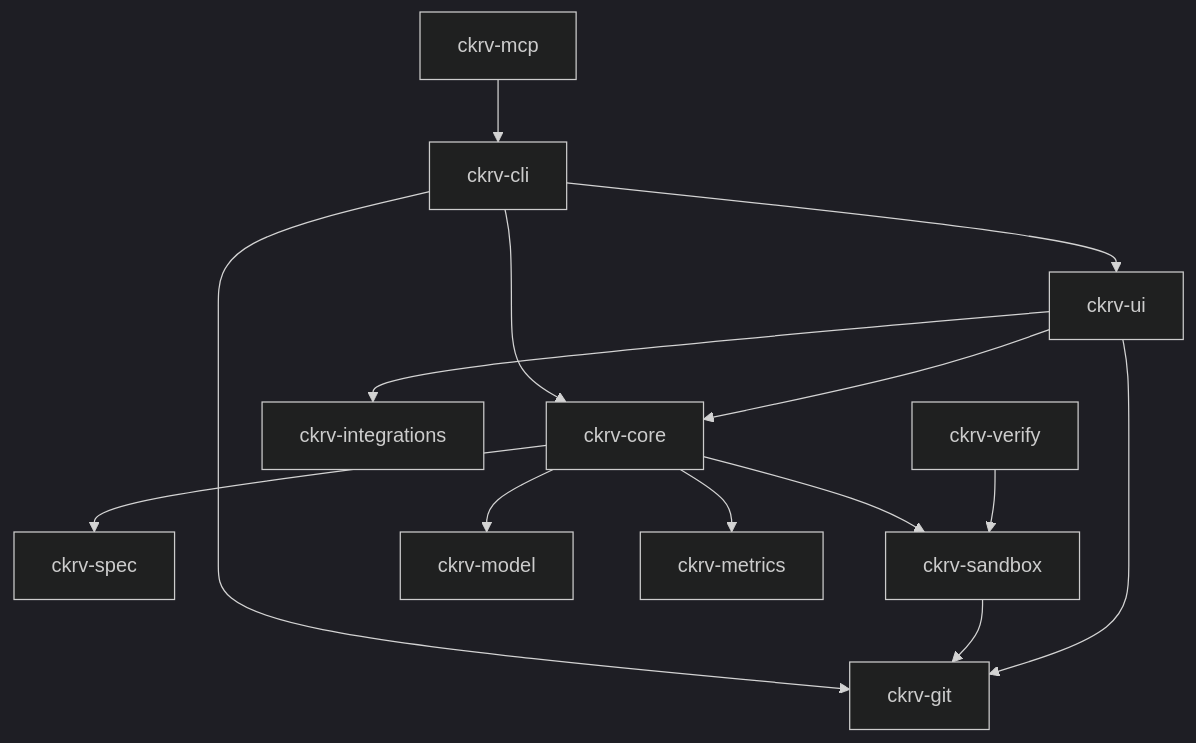
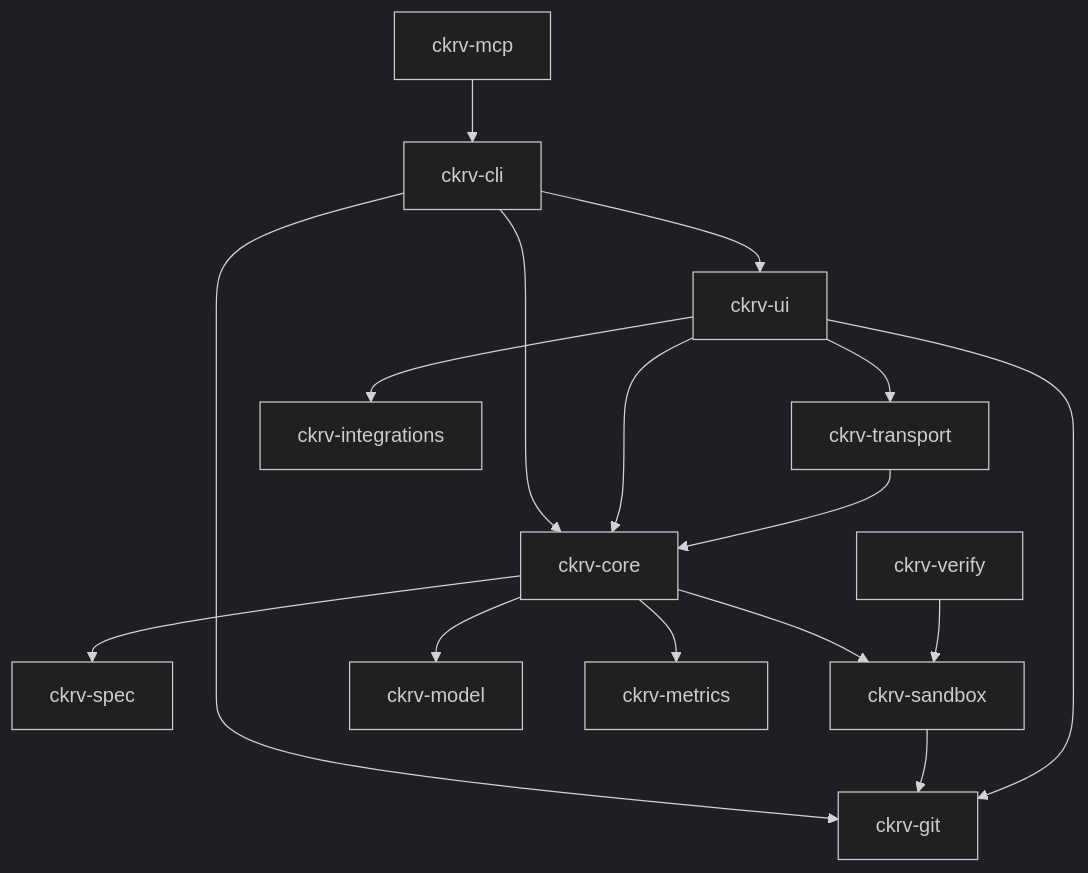
The first of 2 diagrams in crates/docs/architecture.md (FnSK4R17s/chakravarti-cli), drawn with Mermaid (dark theme) before and after one commit. The commit also changed other lines of this file and 11 other files, not shown here.

````diff
--- a/crates/docs/architecture.md
+++ b/crates/docs/architecture.md
@@ -19,21 +20,24 @@
 ```mermaid
 graph TD
     CLI[ckrv-cli] --> CORE[ckrv-core]
     CLI --> UI[ckrv-ui]
     CLI --> GIT[ckrv-git]
     
     CORE --> SPEC[ckrv-spec]
     CORE --> SANDBOX[ckrv-sandbox]
     CORE --> MODEL[ckrv-model]
     CORE --> METRICS[ckrv-metrics]
     
     SANDBOX --> GIT
     
     UI --> CORE
     UI --> GIT
+    UI --> TRANSPORT[ckrv-transport]
     UI --> INTEGRATIONS[ckrv-integrations]
+    
+    TRANSPORT --> CORE
     
     MCP[ckrv-mcp] --> CLI
     
     VERIFY[ckrv-verify] --> SANDBOX
 ```
````
